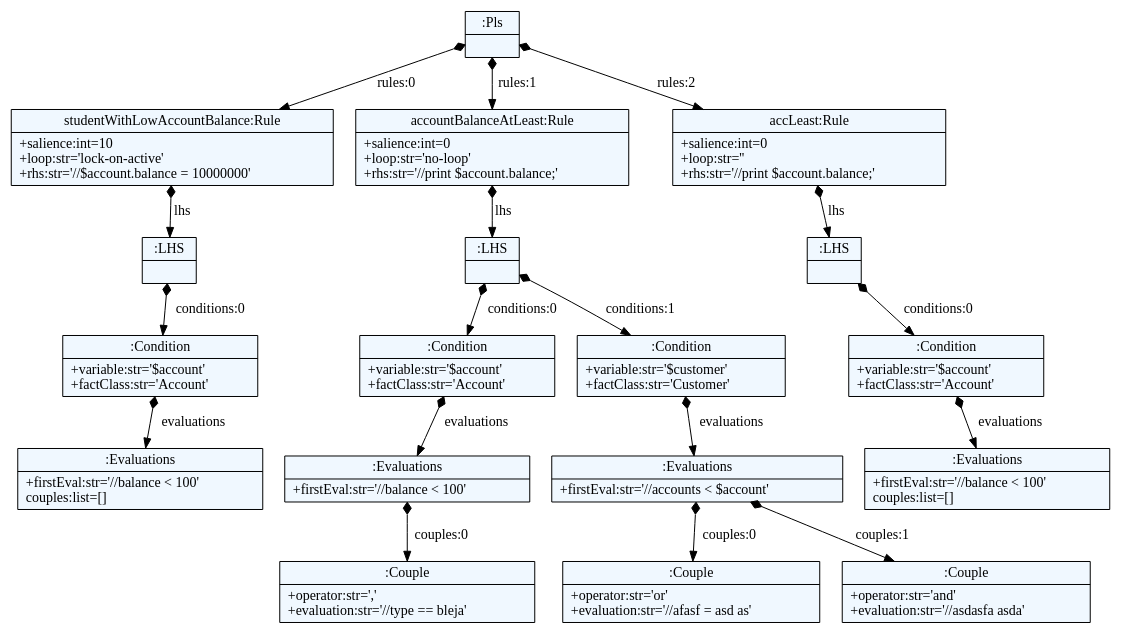
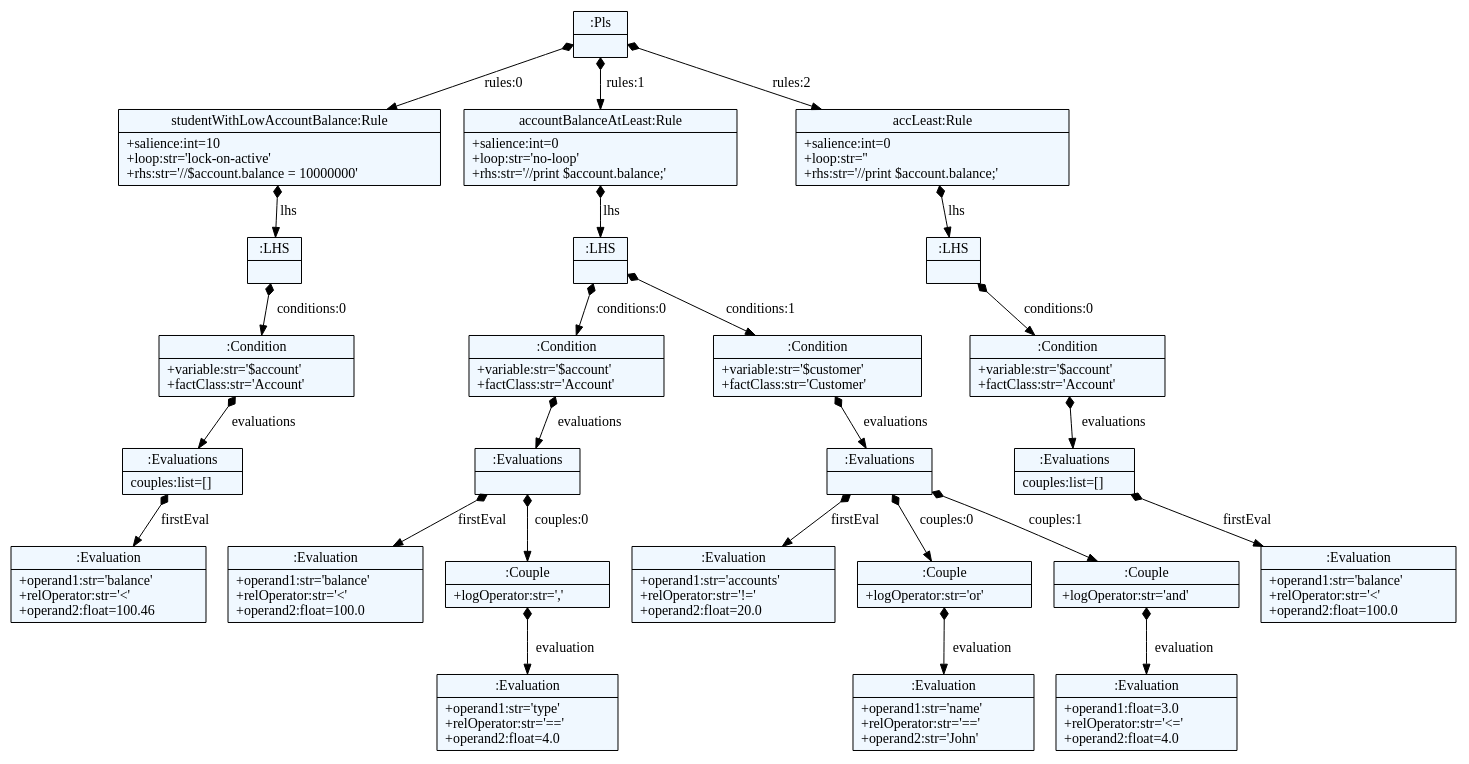
The diagram in example.pls.dot (nenadTod/Pools), drawn with Graphviz before and after one commit. The commit also changed 4 other files, not shown here.

```diff
--- a/example.pls.dot
+++ b/example.pls.dot
@@ -1,60 +1,67 @@
 
     digraph xtext {
     fontname = "Bitstream Vera Sans"
     fontsize = 8
     node[
         shape=record,
         style=filled,
         fillcolor=aliceblue
     ]
     nodesep = 0.3
     edge[dir=black,arrowtail=empty]
 
 
-2247025397656 -> 2247025396984 [label="rules:0" arrowtail=diamond dir=both]
-2247025396984 -> 2247025396760 [label="lhs" arrowtail=diamond dir=both]
-2247025396760 -> 2247025424816 [label="conditions:0" arrowtail=diamond dir=both]
-2247025424816 -> 2247025425040 [label="evaluations" arrowtail=diamond dir=both]
-2247025425040[label="{:Evaluations|+firstEval:str='//balance \< 100
-'\lcouples:list=[]\l}"]
-2247025424816[label="{:Condition|+variable:str='$account'\l+factClass:str='Account'\l}"]
-2247025396760[label="{:LHS|}"]
-2247025396984[label="{studentWithLowAccountBalance:Rule|+salience:int=10\l+loop:str='lock-on-active'\l+rhs:str='//$account.balance = 10000000
+2578250950584 -> 2578250949240 [label="rules:0" arrowtail=diamond dir=both]
+2578250949240 -> 2578250950528 [label="lhs" arrowtail=diamond dir=both]
+2578250950528 -> 2578251008208 [label="conditions:0" arrowtail=diamond dir=both]
+2578251008208 -> 2578251009272 [label="evaluations" arrowtail=diamond dir=both]
+2578251009272 -> 2578251008264 [label="firstEval" arrowtail=diamond dir=both]
+2578251008264[label="{:Evaluation|+operand1:str='balance'\l+relOperator:str='\<'\l+operand2:float=100.46\l}"]
+2578251009272[label="{:Evaluations|couples:list=[]\l}"]
+2578251008208[label="{:Condition|+variable:str='$account'\l+factClass:str='Account'\l}"]
+2578250950528[label="{:LHS|}"]
+2578250949240[label="{studentWithLowAccountBalance:Rule|+salience:int=10\l+loop:str='lock-on-active'\l+rhs:str='//$account.balance = 10000000
 '\l}"]
-2247025397656 -> 2247025395080 [label="rules:1" arrowtail=diamond dir=both]
-2247025395080 -> 2247025424760 [label="lhs" arrowtail=diamond dir=both]
-2247025424760 -> 2247025425152 [label="conditions:0" arrowtail=diamond dir=both]
-2247025425152 -> 2247025425208 [label="evaluations" arrowtail=diamond dir=both]
-2247025425208 -> 2247025425432 [label="couples:0" arrowtail=diamond dir=both]
-2247025425432[label="{:Couple|+operator:str=','\l+evaluation:str='//type == bleja
+2578250950584 -> 2578250949912 [label="rules:1" arrowtail=diamond dir=both]
+2578250949912 -> 2578250950808 [label="lhs" arrowtail=diamond dir=both]
+2578250950808 -> 2578251008488 [label="conditions:0" arrowtail=diamond dir=both]
+2578251008488 -> 2578251007312 [label="evaluations" arrowtail=diamond dir=both]
+2578251007312 -> 2578251006192 [label="firstEval" arrowtail=diamond dir=both]
+2578251006192[label="{:Evaluation|+operand1:str='balance'\l+relOperator:str='\<'\l+operand2:float=100.0\l}"]
+2578251007312 -> 2578251036824 [label="couples:0" arrowtail=diamond dir=both]
+2578251036824 -> 2578251037048 [label="evaluation" arrowtail=diamond dir=both]
+2578251037048[label="{:Evaluation|+operand1:str='type'\l+relOperator:str='=='\l+operand2:float=4.0\l}"]
+2578251036824[label="{:Couple|+logOperator:str=','\l}"]
+2578251007312[label="{:Evaluations|}"]
+2578251008488[label="{:Condition|+variable:str='$account'\l+factClass:str='Account'\l}"]
+2578250950808 -> 2578251008040 [label="conditions:1" arrowtail=diamond dir=both]
+2578251008040 -> 2578251007088 [label="evaluations" arrowtail=diamond dir=both]
+2578251007088 -> 2578251036880 [label="firstEval" arrowtail=diamond dir=both]
+2578251036880[label="{:Evaluation|+operand1:str='accounts'\l+relOperator:str='!='\l+operand2:float=20.0\l}"]
+2578251007088 -> 2578251037216 [label="couples:0" arrowtail=diamond dir=both]
+2578251037216 -> 2578251037328 [label="evaluation" arrowtail=diamond dir=both]
+2578251037328[label="{:Evaluation|+operand1:str='name'\l+relOperator:str='=='\l+operand2:str='John'\l}"]
+2578251037216[label="{:Couple|+logOperator:str='or'\l}"]
+2578251007088 -> 2578251037272 [label="couples:1" arrowtail=diamond dir=both]
+2578251037272 -> 2578251037496 [label="evaluation" arrowtail=diamond dir=both]
+2578251037496[label="{:Evaluation|+operand1:float=3.0\l+relOperator:str='\<='\l+operand2:float=4.0\l}"]
+2578251037272[label="{:Couple|+logOperator:str='and'\l}"]
+2578251007088[label="{:Evaluations|}"]
+2578251008040[label="{:Condition|+variable:str='$customer'\l+factClass:str='Customer'\l}"]
+2578250950808[label="{:LHS|}"]
+2578250949912[label="{accountBalanceAtLeast:Rule|+salience:int=0\l+loop:str='no-loop'\l+rhs:str='//print $account.balance;
 '\l}"]
-2247025425208[label="{:Evaluations|+firstEval:str='//balance \< 100
+2578250950584 -> 2578250951984 [label="rules:2" arrowtail=diamond dir=both]
+2578250951984 -> 2578251006584 [label="lhs" arrowtail=diamond dir=both]
+2578251006584 -> 2578251036768 [label="conditions:0" arrowtail=diamond dir=both]
+2578251036768 -> 2578251037160 [label="evaluations" arrowtail=diamond dir=both]
+2578251037160 -> 2578251037664 [label="firstEval" arrowtail=diamond dir=both]
+2578251037664[label="{:Evaluation|+operand1:str='balance'\l+relOperator:str='\<'\l+operand2:float=100.0\l}"]
+2578251037160[label="{:Evaluations|couples:list=[]\l}"]
+2578251036768[label="{:Condition|+variable:str='$account'\l+factClass:str='Account'\l}"]
+2578251006584[label="{:LHS|}"]
+2578250951984[label="{accLeast:Rule|+salience:int=0\l+loop:str=''\l+rhs:str='//print $account.balance;
 '\l}"]
-2247025425152[label="{:Condition|+variable:str='$account'\l+factClass:str='Account'\l}"]
-2247025424760 -> 2247025425264 [label="conditions:1" arrowtail=diamond dir=both]
-2247025425264 -> 2247025425376 [label="evaluations" arrowtail=diamond dir=both]
-2247025425376 -> 2247025425600 [label="couples:0" arrowtail=diamond dir=both]
-2247025425600[label="{:Couple|+operator:str='or'\l+evaluation:str='//afasf = asd as
-'\l}"]
-2247025425376 -> 2247025425712 [label="couples:1" arrowtail=diamond dir=both]
-2247025425712[label="{:Couple|+operator:str='and'\l+evaluation:str='//asdasfa asda
-'\l}"]
-2247025425376[label="{:Evaluations|+firstEval:str='//accounts \< $account
-'\l}"]
-2247025425264[label="{:Condition|+variable:str='$customer'\l+factClass:str='Customer'\l}"]
-2247025424760[label="{:LHS|}"]
-2247025395080[label="{accountBalanceAtLeast:Rule|+salience:int=0\l+loop:str='no-loop'\l+rhs:str='//print $account.balance;
-'\l}"]
-2247025397656 -> 2247025424984 [label="rules:2" arrowtail=diamond dir=both]
-2247025424984 -> 2247025424928 [label="lhs" arrowtail=diamond dir=both]
-2247025424928 -> 2247025425544 [label="conditions:0" arrowtail=diamond dir=both]
-2247025425544 -> 2247025425768 [label="evaluations" arrowtail=diamond dir=both]
-2247025425768[label="{:Evaluations|+firstEval:str='//balance \< 100
-'\lcouples:list=[]\l}"]
-2247025425544[label="{:Condition|+variable:str='$account'\l+factClass:str='Account'\l}"]
-2247025424928[label="{:LHS|}"]
-2247025424984[label="{accLeast:Rule|+salience:int=0\l+loop:str=''\l+rhs:str='//print $account.balance;
-'\l}"]
-2247025397656[label="{:Pls|}"]
+2578250950584[label="{:Pls|}"]
 
 }
```
